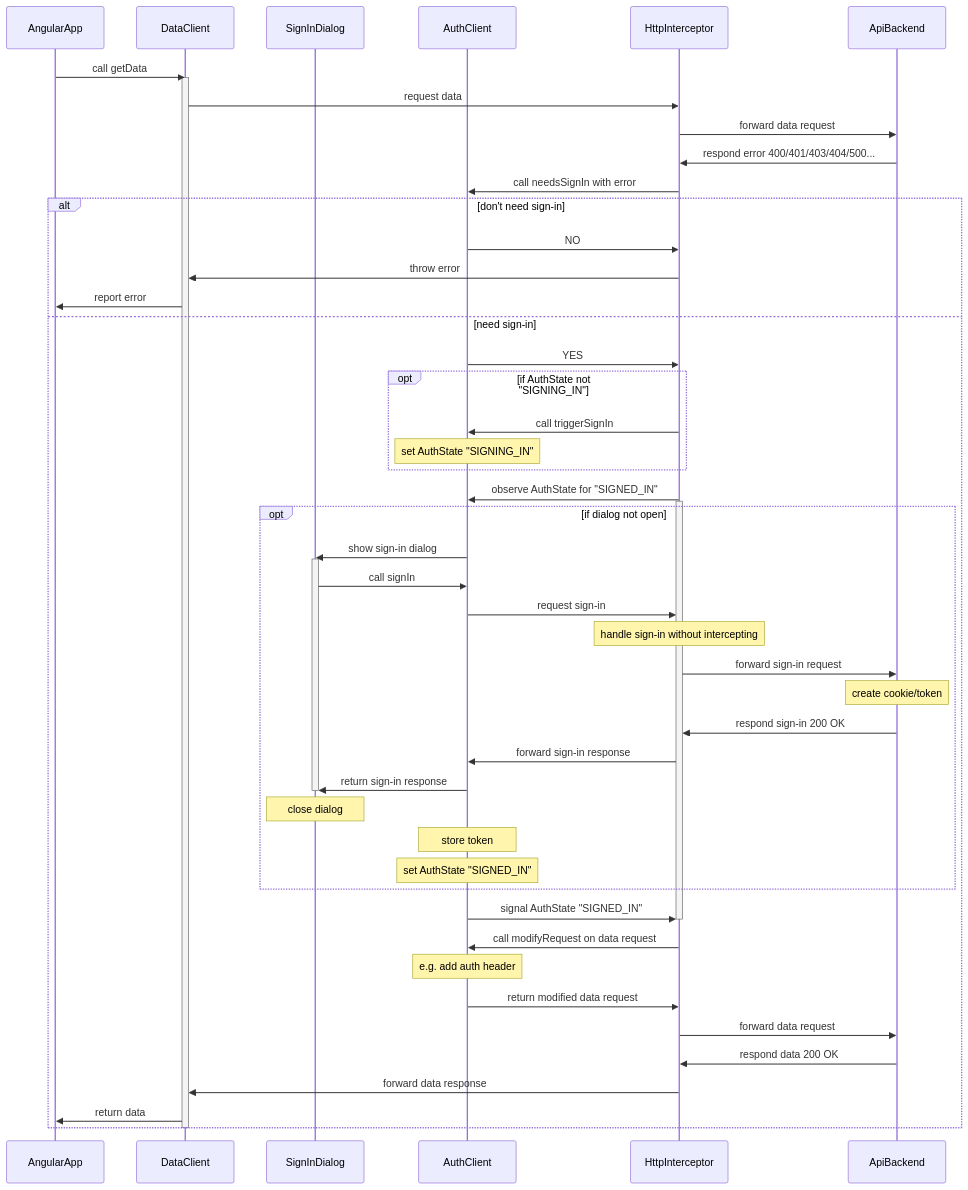
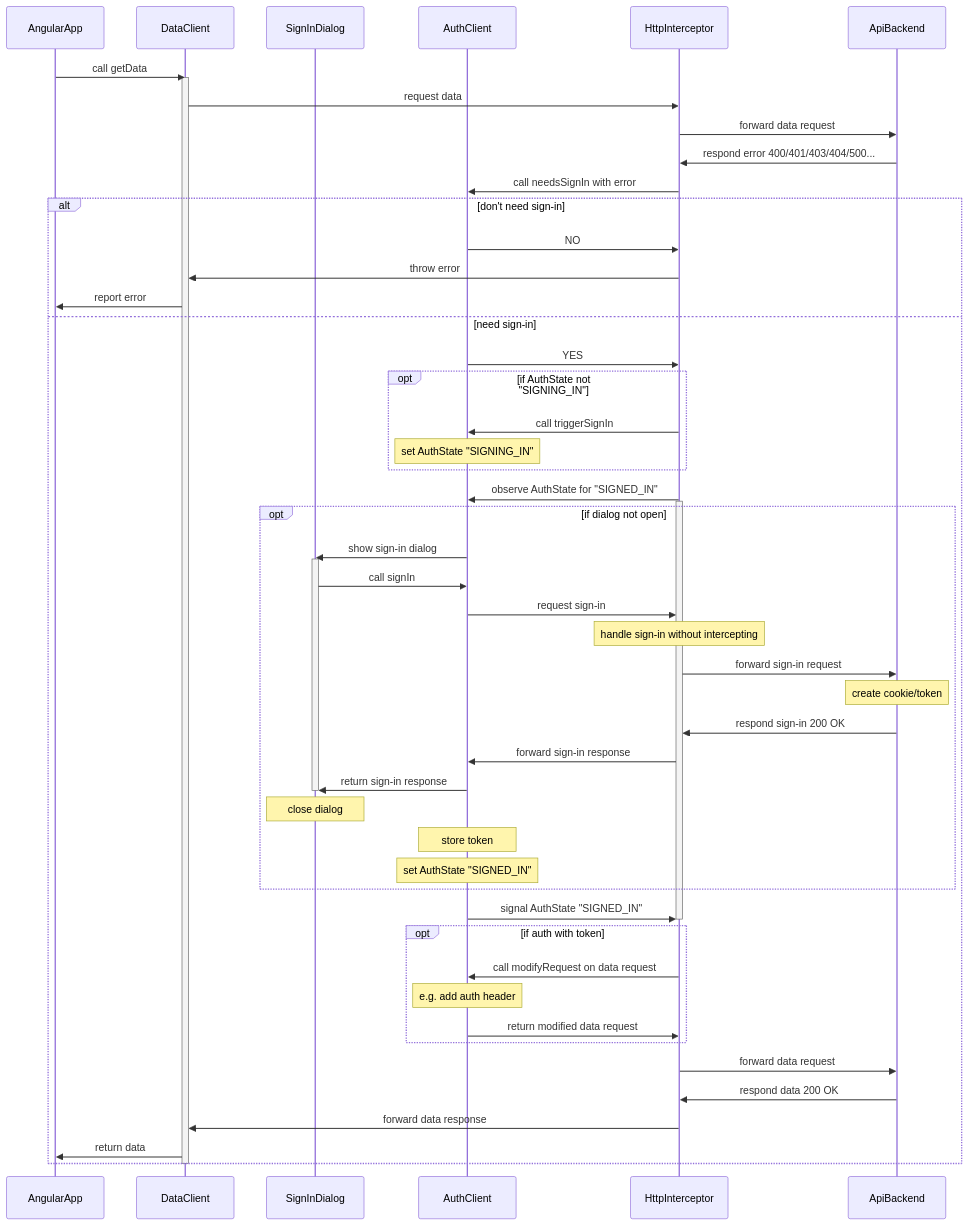
One commit to flens-dev/modern-angular changed the diagram in libs/tools/auth/README.md. Above: the diagram before and after it, drawn with Mermaid.

Commit message:
tools/auth - Update diagram

````diff
--- a/libs/tools/auth/README.md
+++ b/libs/tools/auth/README.md
@@ -3,55 +3,57 @@
 ```mermaid
 sequenceDiagram
   participant A as AngularApp
   participant D as DataClient
   participant L as SignInDialog
   participant S as AuthClient
   participant H as HttpInterceptor
   participant B as ApiBackend
 
   A->>D: call getData
   activate D
   D->>H: request data
   H->>B: forward data request
   B->>H: respond error 400/401/403/404/500...
   H->>S: call needsSignIn with error
   alt don't need sign-in
     S->>H: NO
     H->>D: throw error
     D->>A: report error
   else need sign-in
     S->>H:YES
     opt if AuthState not "SIGNING_IN"
       H->>S: call triggerSignIn
       Note over S: set AuthState "SIGNING_IN"
     end
     H->>S: observe AuthState for "SIGNED_IN"
     activate H
     opt if dialog not open
       S->>L: show sign-in dialog
       activate L
       L->>S: call signIn
       S->>H: request sign-in
       Note over H: handle sign-in without intercepting
       H->>B: forward sign-in request
       Note over B: create cookie/token
       B->>H: respond sign-in 200 OK
       H->>S: forward sign-in response
       S->>L: return sign-in response
       deactivate L
       Note over L: close dialog
       Note over S: store token
       Note over S: set AuthState "SIGNED_IN"
     end
     S->>H: signal AuthState "SIGNED_IN"
     deactivate H
-    H->>S: call modifyRequest on data request
-    Note over S: e.g. add auth header
-    S->>H: return modified data request
+    opt if auth with token
+      H->>S: call modifyRequest on data request
+      Note over S: e.g. add auth header
+      S->>H: return modified data request
+    end
     H->>B: forward data request
     B->>H: respond data 200 OK
     H->>D: forward data response
     D->>A: return data
   end
   deactivate D
 ```
````
